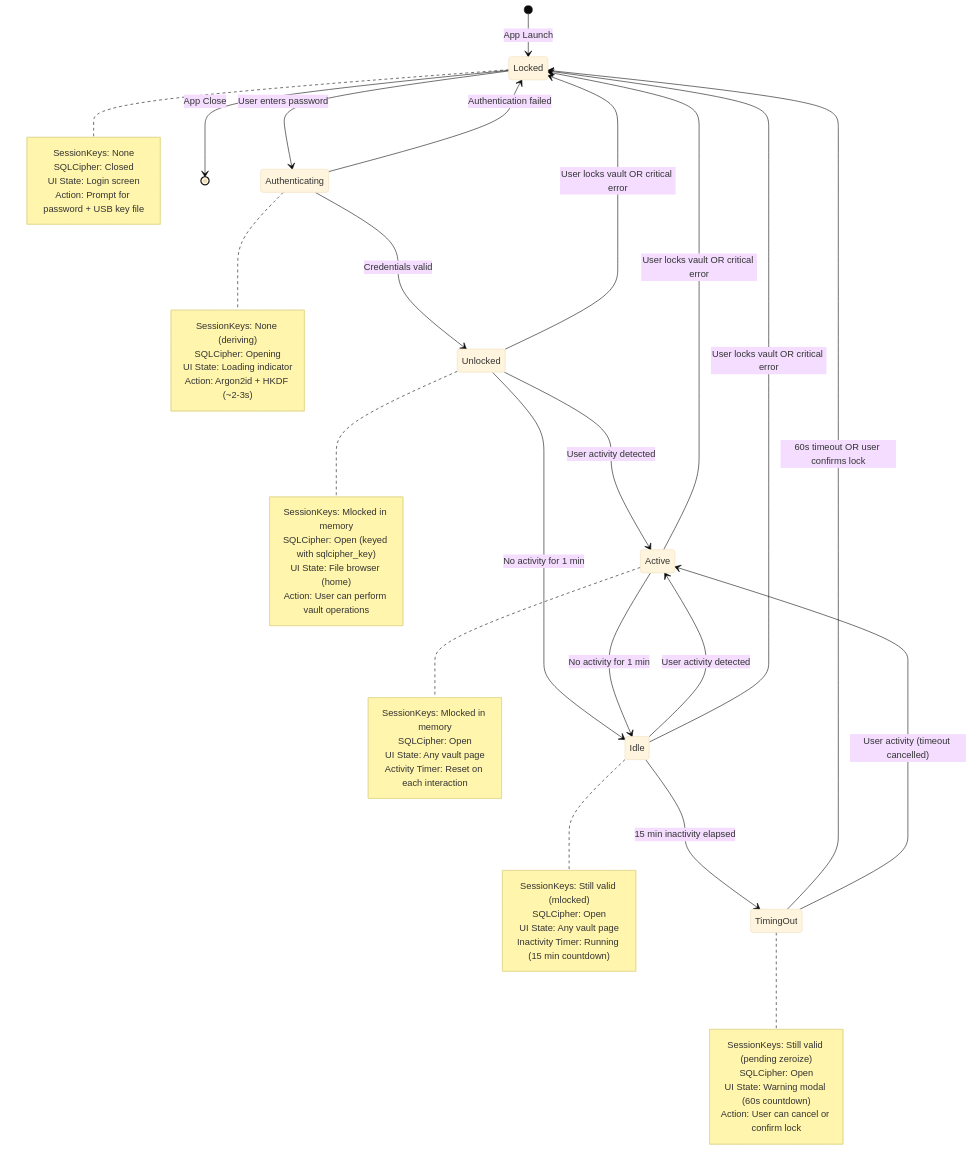
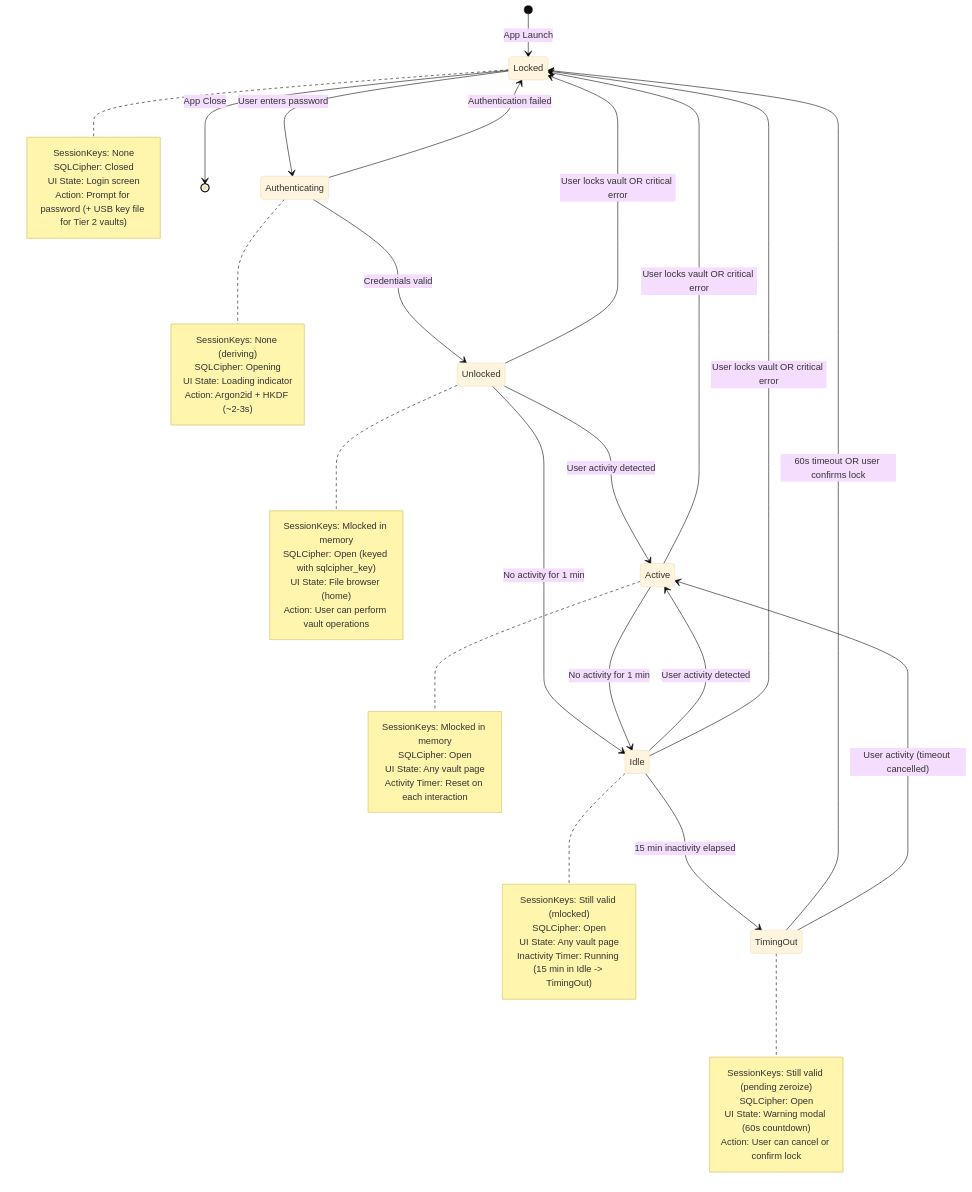
The diagram in docs/architecture/designs/tauri-ipc-and-frontend/diagrams/session-state-machine.md (salgaard/arx-runa), drawn with Mermaid (base theme) before and after one commit. The commit also changed 22 other files, not shown here.

Commit message:
new github actions for secret scan and improve diagrams

````diff
--- a/docs/architecture/designs/tauri-ipc-and-frontend/diagrams/session-state-machine.md
+++ b/docs/architecture/designs/tauri-ipc-and-frontend/diagrams/session-state-machine.md
@@ -6,66 +6,66 @@
 ```mermaid
 stateDiagram-v2
     [*] --> Locked: App Launch
     
     Locked --> Authenticating: User enters password
     Authenticating --> Unlocked: Credentials valid
     Authenticating --> Locked: Authentication failed
     
     Unlocked --> Active: User activity detected
     Unlocked --> Idle: No activity for 1 min
     
     Active --> Idle: No activity for 1 min
     Idle --> Active: User activity detected
     Idle --> TimingOut: 15 min inactivity elapsed
     
     TimingOut --> Locked: 60s timeout OR user confirms lock
     TimingOut --> Active: User activity (timeout cancelled)
     
     Unlocked --> Locked: User locks vault OR critical error
     Active --> Locked: User locks vault OR critical error
     Idle --> Locked: User locks vault OR critical error
     
     Locked --> [*]: App Close
     
     note right of Locked
         SessionKeys: None
         SQLCipher: Closed
         UI State: Login screen
-        Action: Prompt for password + USB key file
+        Action: Prompt for password (+ USB key file for Tier 2 vaults)
     end note
     
     note right of Authenticating
         SessionKeys: None (deriving)
         SQLCipher: Opening
         UI State: Loading indicator
         Action: Argon2id + HKDF (~2-3s)
     end note
     
     note right of Unlocked
         SessionKeys: Mlocked in memory
         SQLCipher: Open (keyed with sqlcipher_key)
         UI State: File browser (home)
         Action: User can perform vault operations
     end note
     
     note right of Active
         SessionKeys: Mlocked in memory
         SQLCipher: Open
         UI State: Any vault page
         Activity Timer: Reset on each interaction
     end note
     
     note right of Idle
         SessionKeys: Still valid (mlocked)
         SQLCipher: Open
         UI State: Any vault page
-        Inactivity Timer: Running (15 min countdown)
+        Inactivity Timer: Running (15 min in Idle #45;#62; TimingOut)
     end note
     
     note right of TimingOut
         SessionKeys: Still valid (pending zeroize)
         SQLCipher: Open
         UI State: Warning modal (60s countdown)
         Action: User can cancel or confirm lock
     end note
 ```
````
